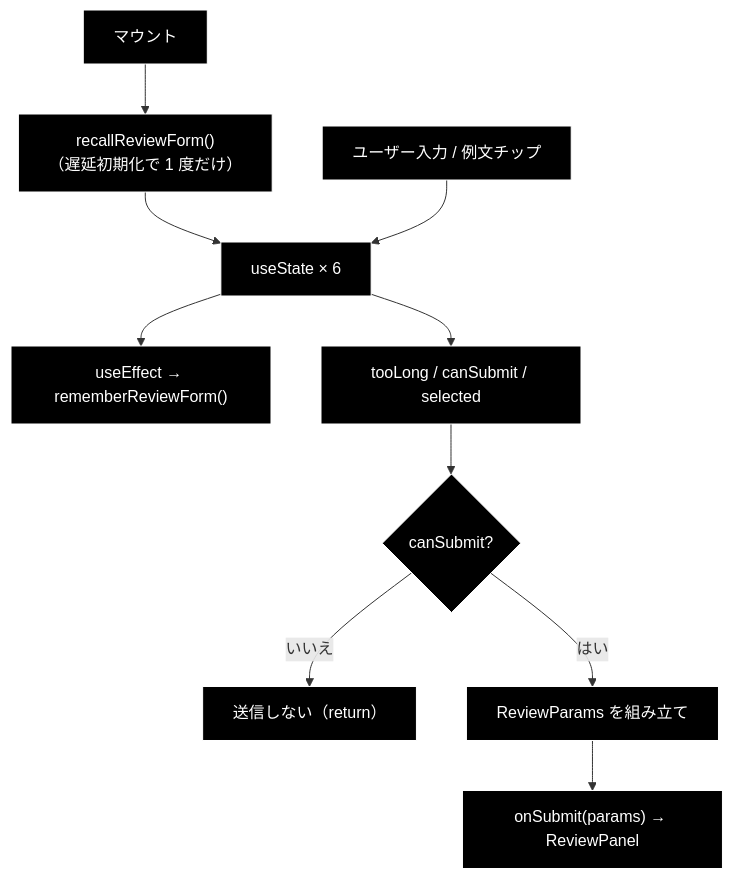
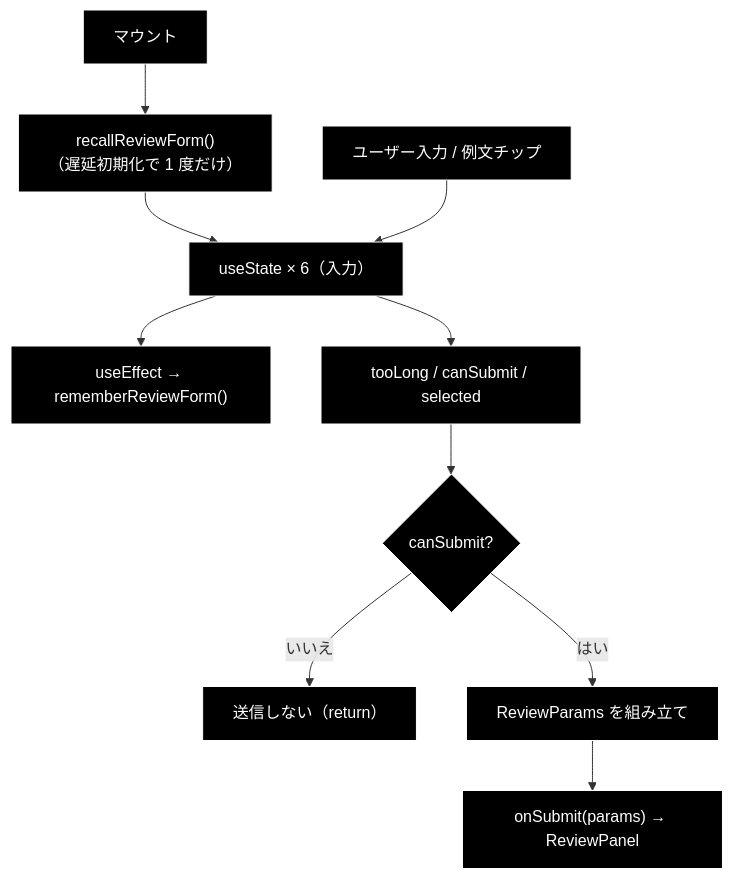
The second of 2 diagrams in frontend/docs/ReviewForm.md (nakashima2toshio/grace_v2), drawn with Mermaid before and after one commit. The commit also changed other lines of this file and 18 other files, not shown here.

````diff
--- a/frontend/docs/ReviewForm.md
+++ b/frontend/docs/ReviewForm.md
@@ -186,14 +185,14 @@
 ```mermaid
 flowchart TB
     Mount["マウント"] --> Recall["recallReviewForm()<br>（遅延初期化で 1 度だけ）"]
-    Recall --> State["useState × 6"]
+    Recall --> State["useState × 6（入力）"]
     Input["ユーザー入力 / 例文チップ"] --> State
     State --> Remember["useEffect → rememberReviewForm()"]
     State --> Derive["tooLong / canSubmit / selected"]
     Derive --> Submit{"canSubmit?"}
     Submit -->|"いいえ"| Stop["送信しない（return）"]
     Submit -->|"はい"| Params["ReviewParams を組み立て"]
     Params --> Parent["onSubmit(params) → ReviewPanel"]
 classDef default fill:#000,stroke:#fff,color:#fff
 class Mount,Recall,State,Input,Remember,Derive,Submit,Stop,Params,Parent default
 ```
````
